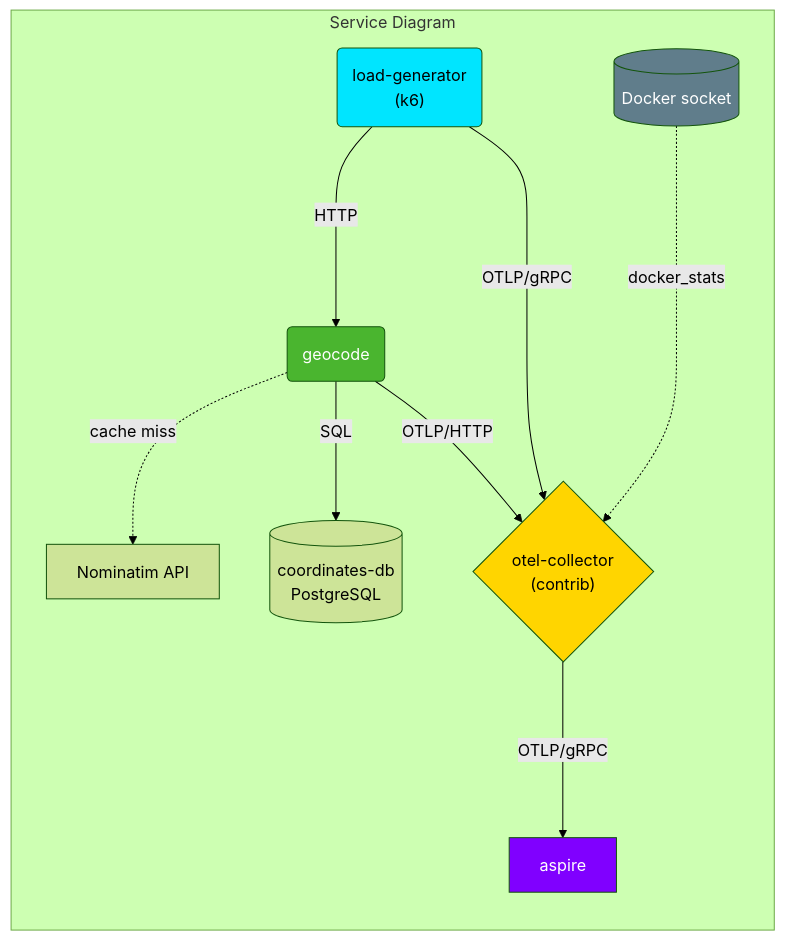
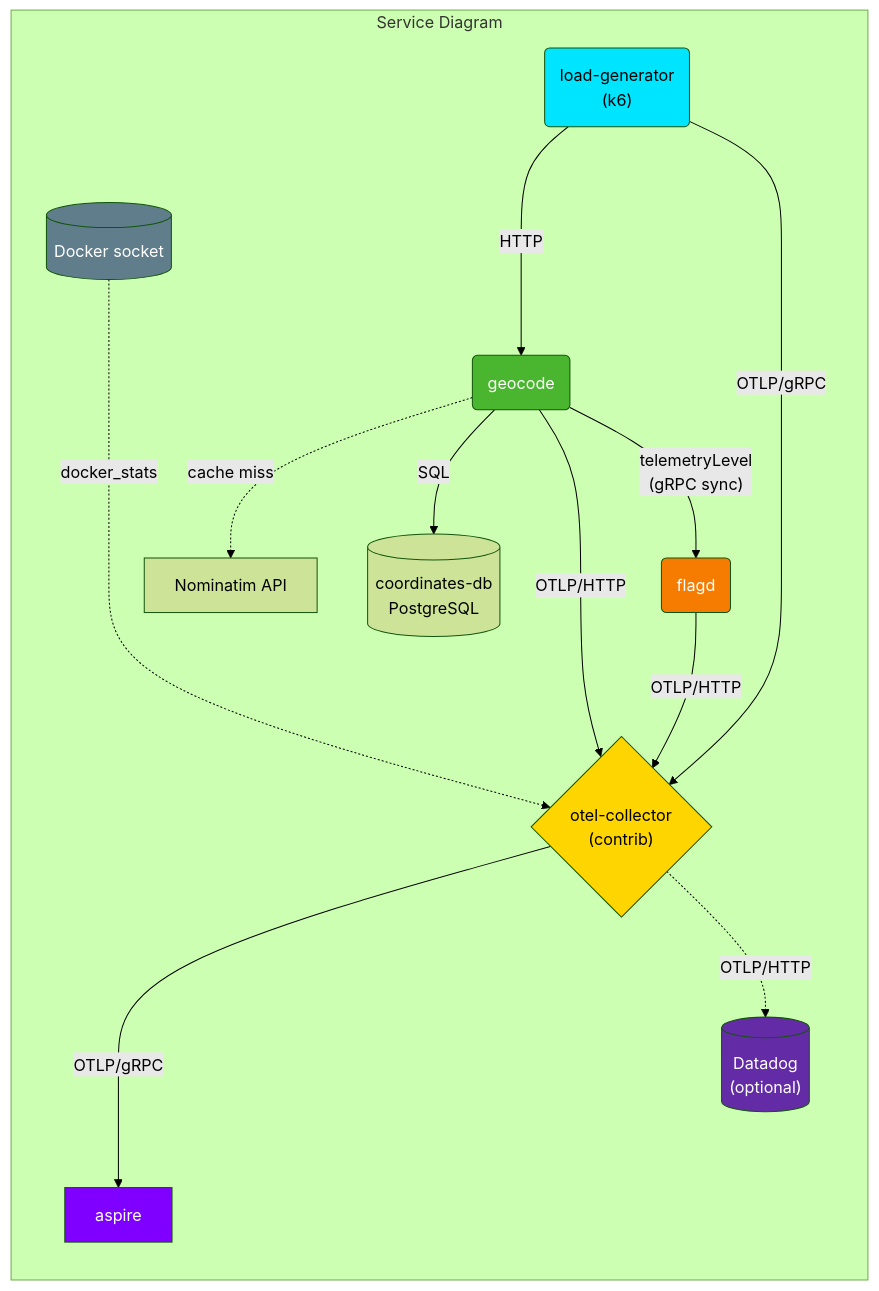
The diagram in README.md (OTelFeature/poc), drawn with Mermaid (forest theme) before and after one commit. The commit also changed other lines of this file and 12 other files, not shown here.

First line of the commit message:
Add verbosity-aware tracing in geocode, controlled live via flagd

````diff
--- a/README.md
+++ b/README.md
@@ -10,26 +10,33 @@
 ```mermaid
 flowchart LR
     classDef load fill:#00e5ff,color:black;
     classDef geocode fill:#4ab52f,color:white;
     classDef otelcol fill:#ffd500,color:black;
     classDef aspire fill:#8000ff,color:white;
     classDef docker fill:#607d8b,color:white;
+    classDef flagd fill:#f57c00,color:white;
+    classDef datadog fill:#632ca6,color:white;
 
 
     subgraph Service Diagram
         load("load-generator<br/>(k6)"):::load
         geocode(geocode):::geocode
+        flagd(flagd):::flagd
         otelcol{"otel-collector<br/>(contrib)"}:::otelcol
         docker[("Docker socket")]:::docker
         coordinates[(coordinates-db<br/>PostgreSQL)]
         aspire[aspire]:::aspire
+        datadog[("Datadog<br/>(optional)")]:::datadog
 
         load --->|HTTP| geocode
         load -->|OTLP/gRPC| otelcol
         docker -...->|docker_stats| otelcol
         geocode -.->|cache miss| nominatim["Nominatim API"]
         geocode -->|SQL| coordinates
         geocode -->|OTLP/HTTP| otelcol
+        geocode -->|"telemetryLevel<br/>(gRPC sync)"| flagd
+        flagd -->|OTLP/HTTP| otelcol
         otelcol --->|OTLP/gRPC| aspire
+        otelcol -.->|OTLP/HTTP| datadog
     end
 ```
````
